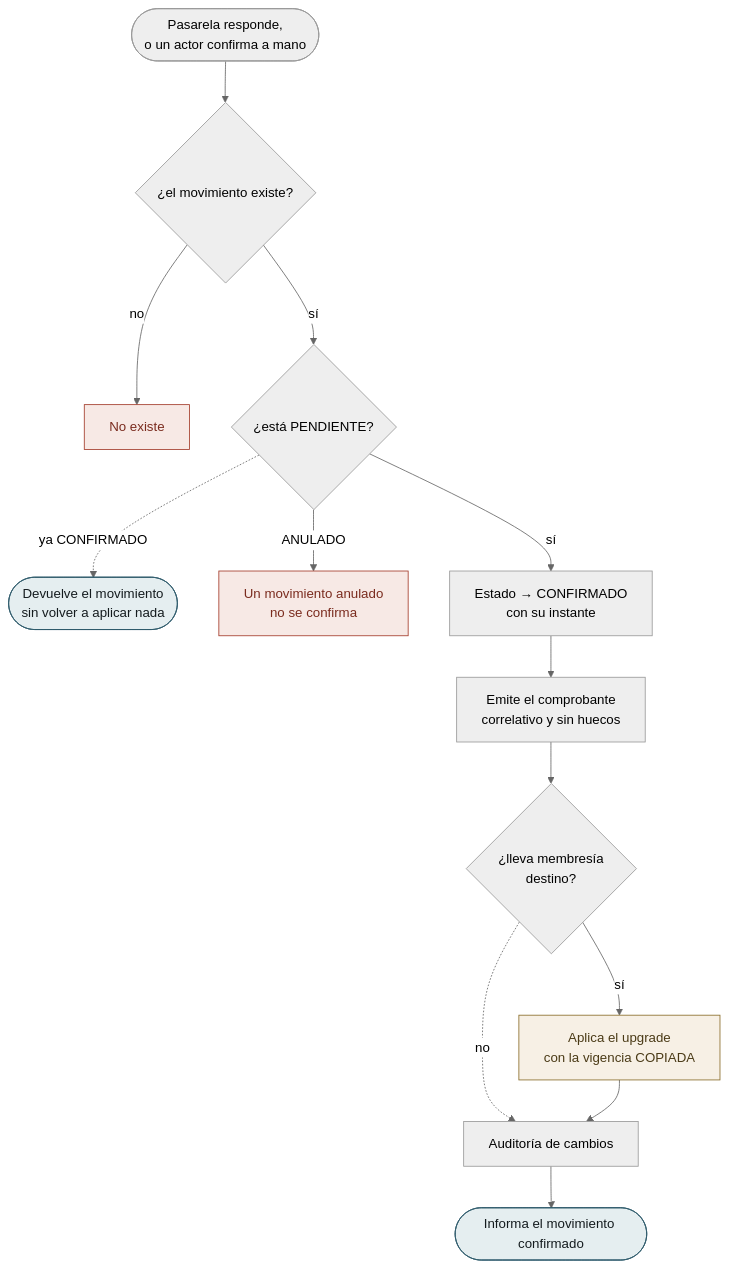
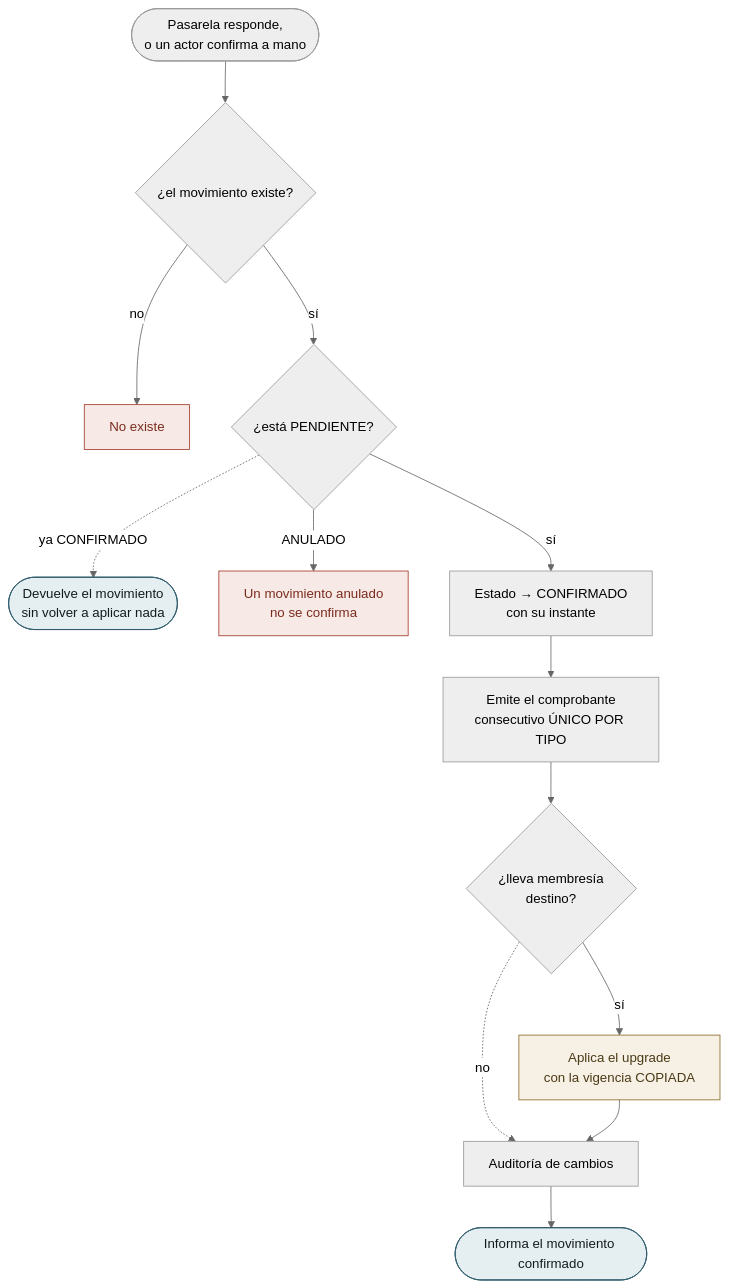
Before and after one commit to NexusPro-Dev/backend: the third of 11 diagrams in docs/flujos/mv/flujos-por-caso.md, drawn with Mermaid (neutral theme). The commit also changed other lines of this file and 2 other files, not shown here.

First line of the commit message:
docs(mv): el tipo pasa a catalogo, y con el los dos codigos del movimiento

````diff
--- a/docs/flujos/mv/flujos-por-caso.md
+++ b/docs/flujos/mv/flujos-por-caso.md
@@ -111,23 +113,23 @@
 ```mermaid
 flowchart TD
     A(["Pasarela responde,<br/>o un actor confirma a mano"])
     A --> V1{"¿el movimiento existe?"}
     V1 -->|no| E1["No existe"]
     V1 -->|sí| V2{"¿está PENDIENTE?"}
     V2 -.->|"ya CONFIRMADO"| FIN2(["Devuelve el movimiento<br/>sin volver a aplicar nada"])
     V2 -->|"ANULADO"| E2["Un movimiento anulado<br/>no se confirma"]
     V2 -->|sí| P1["Estado → CONFIRMADO<br/>con su instante"]
-    P1 --> P2["Emite el comprobante<br/>correlativo y sin huecos"]
+    P1 --> P2["Emite el comprobante<br/>consecutivo ÚNICO POR TIPO"]
     P2 --> V3{"¿lleva membresía<br/>destino?"}
     V3 -.->|no| P4
     V3 -->|sí| P3["Aplica el upgrade<br/>con la vigencia COPIADA"]
     P3 --> P4["Auditoría de cambios"]
     P4 --> FIN(["Informa el movimiento confirmado"])
 
     classDef ex fill:#F7E9E5,stroke:#A33B2A,color:#7A2B1E
     classDef ok fill:#E5EEF0,stroke:#2D5A6B,color:#141B1E
     classDef esc fill:#F7F0E5,stroke:#8A6D2A,color:#4A3A16
     class E1,E2 ex
     class FIN,FIN2 ok
     class P3 esc
 ```
````
